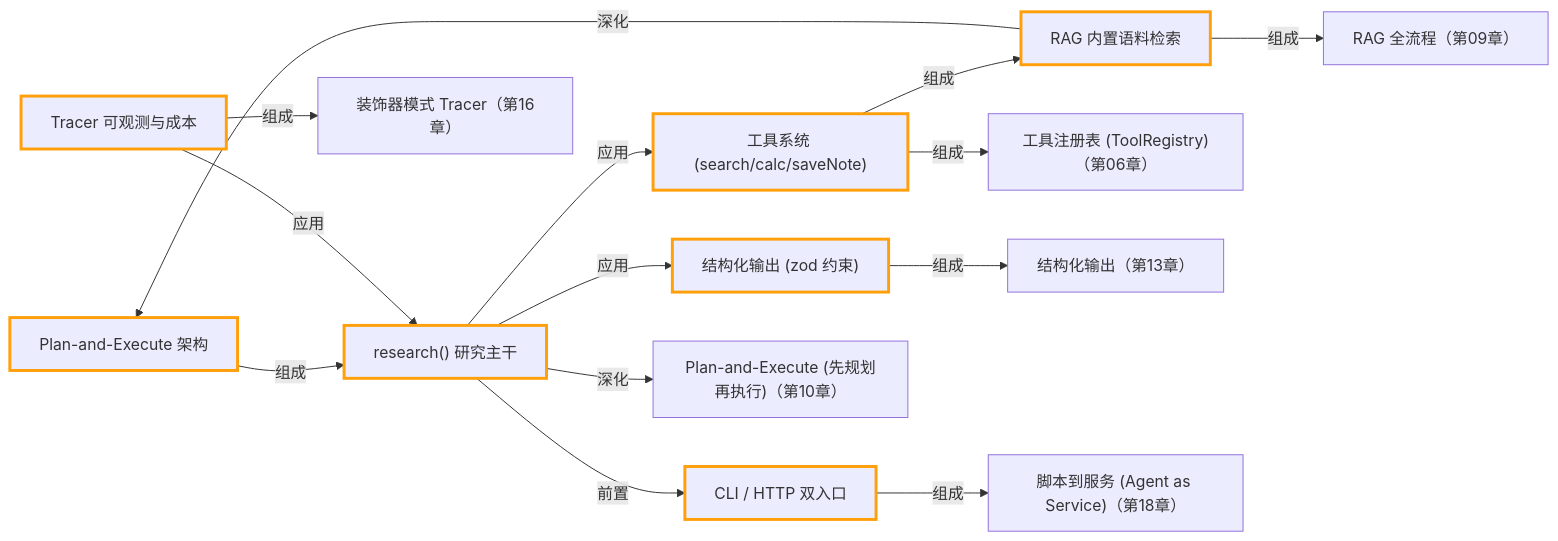
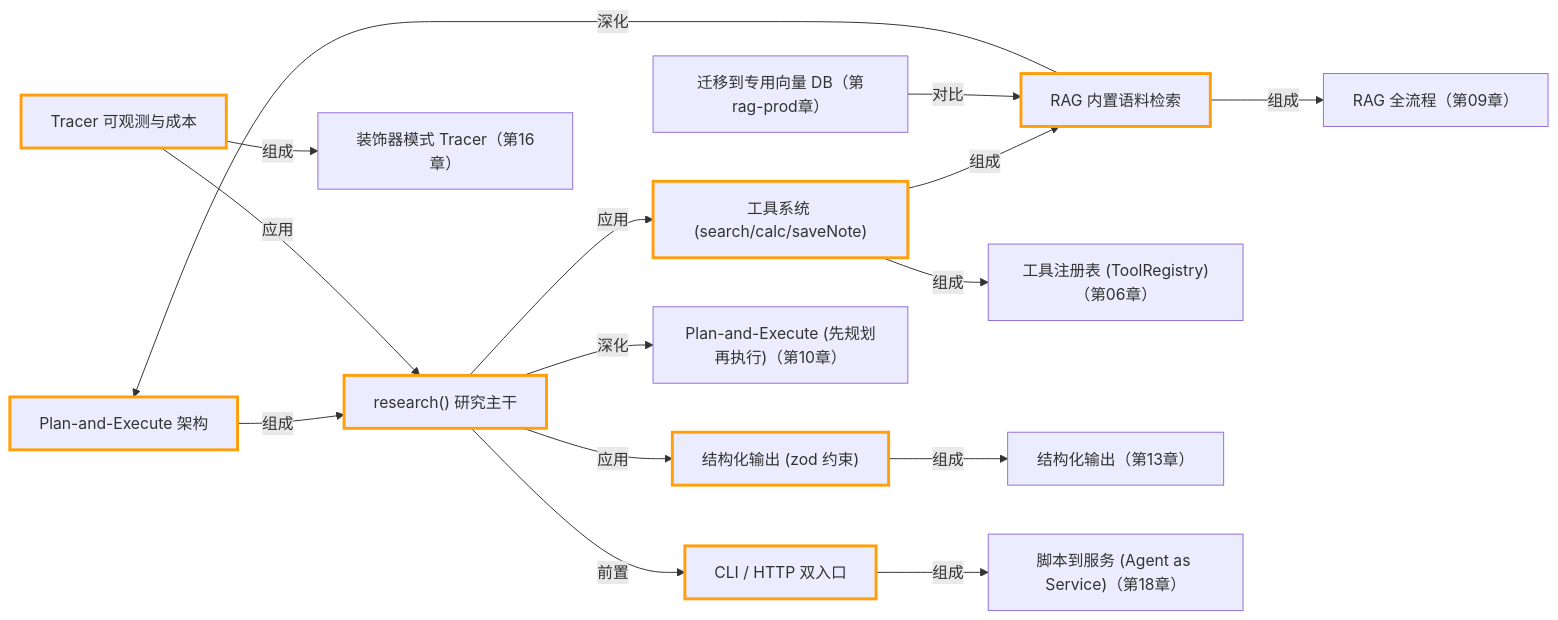
Before and after one commit to songuu/agent: the diagram in capstone/deep-research-agent/README.md, drawn with Mermaid. The commit also changed other lines of this file and 67 other files, not shown here.

````diff
--- a/capstone/deep-research-agent/README.md
+++ b/capstone/deep-research-agent/README.md
@@ -301,36 +302,38 @@
 ```mermaid
 graph LR
   n_ccapstone_plan_and_execute["Plan-and-Execute 架构"]
   n_ccapstone_research_pipeline["research() 研究主干"]
   n_ccapstone_tool_registry["工具系统 (search/calc/saveNote)"]
   n_ccapstone_rag_corpus["RAG 内置语料检索"]
   n_ccapstone_structured_output["结构化输出 (zod 约束)"]
   n_ccapstone_tracer_cost["Tracer 可观测与成本"]
   n_ccapstone_dual_entrypoint["CLI / HTTP 双入口"]
   n_c10_plan_and_execute["Plan-and-Execute (先规划再执行)（第10章）"]
   n_c06_tool_registry["工具注册表 (ToolRegistry)（第06章）"]
   n_c09_rag_pipeline["RAG 全流程（第09章）"]
   n_c13_structured_output["结构化输出（第13章）"]
   n_c16_decorator_tracer["装饰器模式 Tracer（第16章）"]
   n_c18_agent_as_service["脚本到服务 (Agent as Service)（第18章）"]
+  n_cragprod_vectordb_migration["迁移到专用向量 DB（第rag-prod章）"]
   n_ccapstone_plan_and_execute -->|组成| n_ccapstone_research_pipeline
   n_ccapstone_research_pipeline -->|应用| n_ccapstone_tool_registry
   n_ccapstone_tool_registry -->|组成| n_ccapstone_rag_corpus
   n_ccapstone_research_pipeline -->|应用| n_ccapstone_structured_output
   n_ccapstone_tracer_cost -->|应用| n_ccapstone_research_pipeline
   n_ccapstone_research_pipeline -->|前置| n_ccapstone_dual_entrypoint
   n_ccapstone_rag_corpus -->|深化| n_ccapstone_plan_and_execute
   n_ccapstone_research_pipeline -->|深化| n_c10_plan_and_execute
   n_ccapstone_tool_registry -->|组成| n_c06_tool_registry
   n_ccapstone_rag_corpus -->|组成| n_c09_rag_pipeline
   n_ccapstone_structured_output -->|组成| n_c13_structured_output
   n_ccapstone_tracer_cost -->|组成| n_c16_decorator_tracer
   n_ccapstone_dual_entrypoint -->|组成| n_c18_agent_as_service
+  n_cragprod_vectordb_migration -->|对比| n_ccapstone_rag_corpus
   style n_ccapstone_plan_and_execute stroke:#ff9f0a,stroke-width:3px
   style n_ccapstone_research_pipeline stroke:#ff9f0a,stroke-width:3px
   style n_ccapstone_tool_registry stroke:#ff9f0a,stroke-width:3px
   style n_ccapstone_rag_corpus stroke:#ff9f0a,stroke-width:3px
   style n_ccapstone_structured_output stroke:#ff9f0a,stroke-width:3px
   style n_ccapstone_tracer_cost stroke:#ff9f0a,stroke-width:3px
   style n_ccapstone_dual_entrypoint stroke:#ff9f0a,stroke-width:3px
 ```
````
